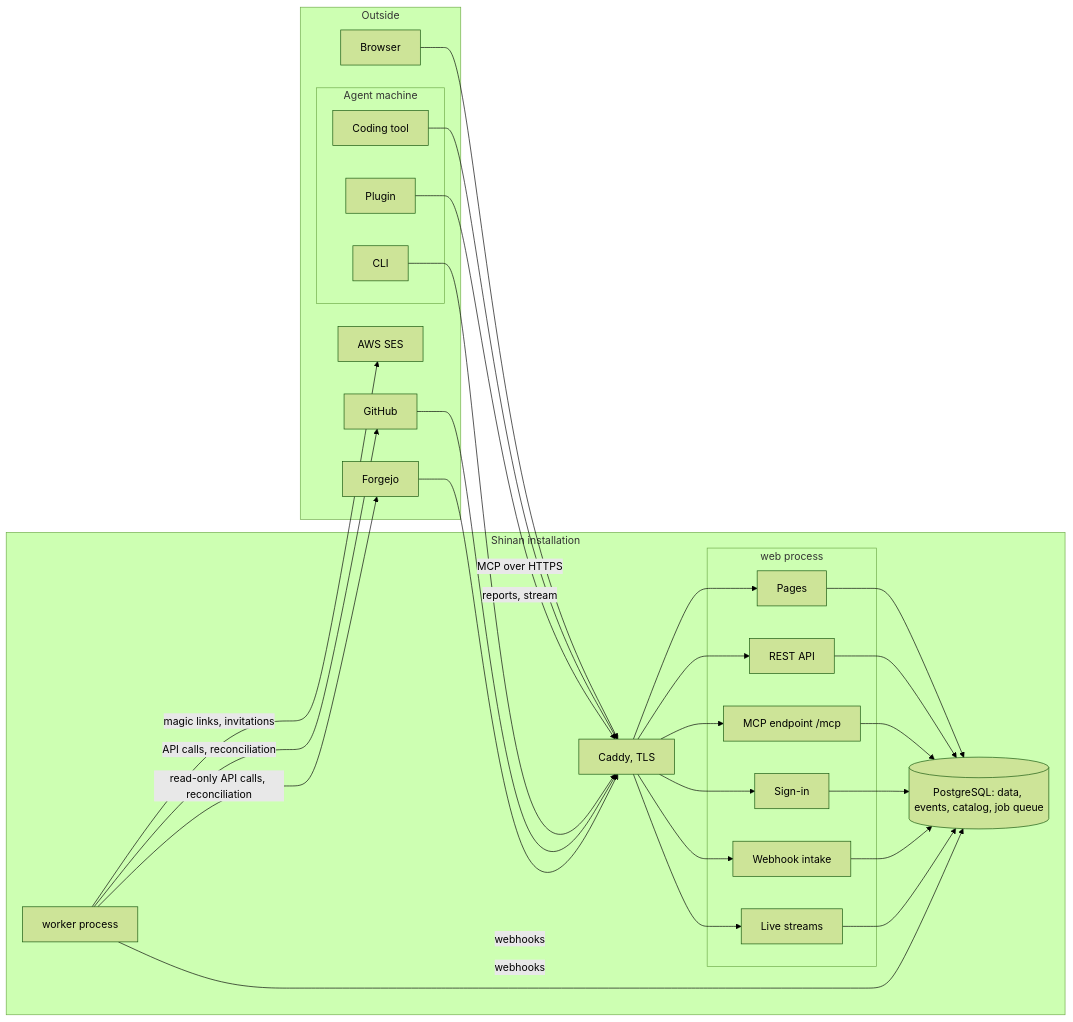
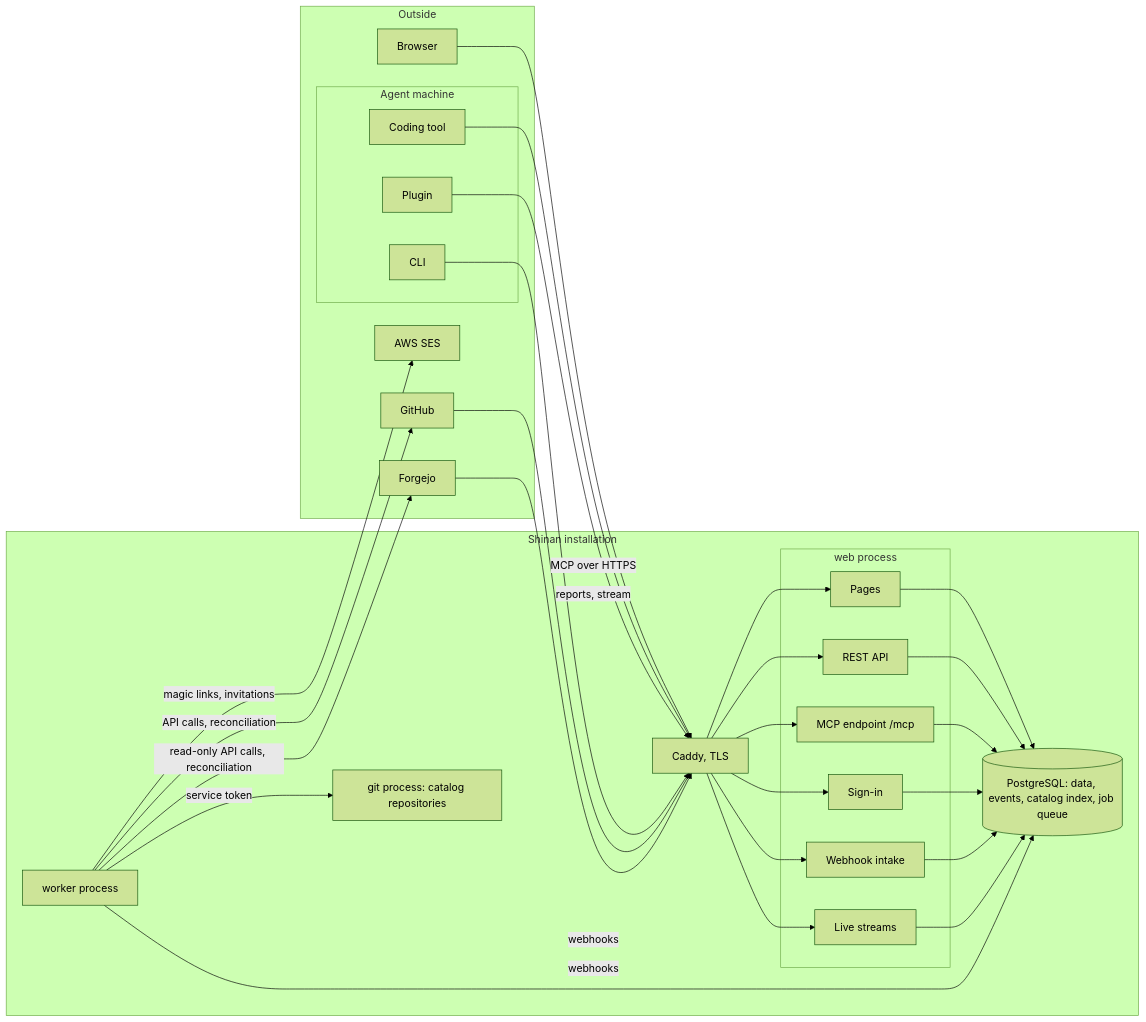
The diagram in docs/architecture.md (guneet-xyz/shinan), drawn with Mermaid (forest theme) before and after one commit. The commit also changed other lines of this file and 41 other files, not shown here.

````diff
--- a/docs/architecture.md
+++ b/docs/architecture.md
@@ -158,39 +158,41 @@
 ```mermaid
 flowchart LR
   subgraph OUT[Outside]
     B[Browser]
     GH[GitHub]
     FJ[Forgejo]
     SES[AWS SES]
     subgraph AM[Agent machine]
       CT[Coding tool]
       PL[Plugin]
       CLI[CLI]
     end
   end
   subgraph SI[Shinan installation]
     C[Caddy, TLS]
     subgraph WEB[web process]
       UI[Pages]
       API[REST API]
       MCP[MCP endpoint /mcp]
       AUTH[Sign-in]
       WH[Webhook intake]
       SSE[Live streams]
     end
     WK[worker process]
-    DB[(PostgreSQL: data, events, catalog, job queue)]
+    DB[(PostgreSQL: data, events, catalog index, job queue)]
+    GIT[git process: catalog repositories]
   end
   B --> C
   CT -->|MCP over HTTPS| C
   PL -->|reports, stream| C
   CLI --> C
   GH -->|webhooks| C
   FJ -->|webhooks| C
   C --> UI & API & MCP & AUTH & WH & SSE
   UI & API & MCP & AUTH & WH & SSE --> DB
   WK --> DB
+  WK -->|service token| GIT
   WK -->|API calls, reconciliation| GH
   WK -->|read-only API calls, reconciliation| FJ
   WK -->|magic links, invitations| SES
 ```
````
